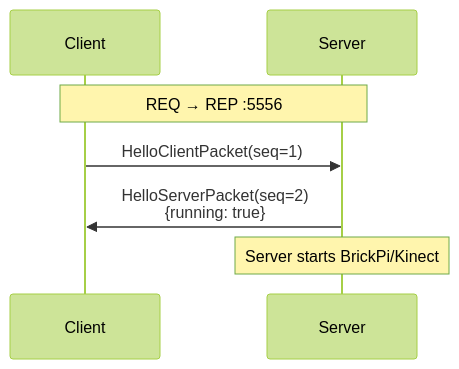
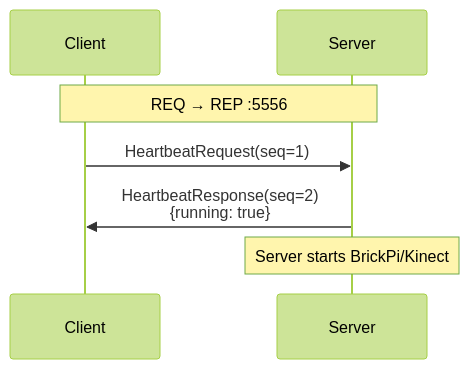
Before and after one commit to KrystianMarek/rpi_lego_robot: the first of 3 diagrams in doc/networking.md, drawn with Mermaid (forest theme). The commit also changed other lines of this file and 4 other files, not shown here.

````diff
--- a/doc/networking.md
+++ b/doc/networking.md
@@ -144,10 +144,10 @@
 ```mermaid
 sequenceDiagram
     participant Client
     participant Server
 
     Note over Client,Server: REQ → REP :5556
-    Client->>Server: HelloClientPacket(seq=1)
-    Server->>Client: HelloServerPacket(seq=2)<br/>{running: true}
+    Client->>Server: HeartbeatRequest(seq=1)
+    Server->>Client: HeartbeatResponse(seq=2)<br/>{running: true}
     Note over Server: Server starts BrickPi/Kinect
 ```
````
